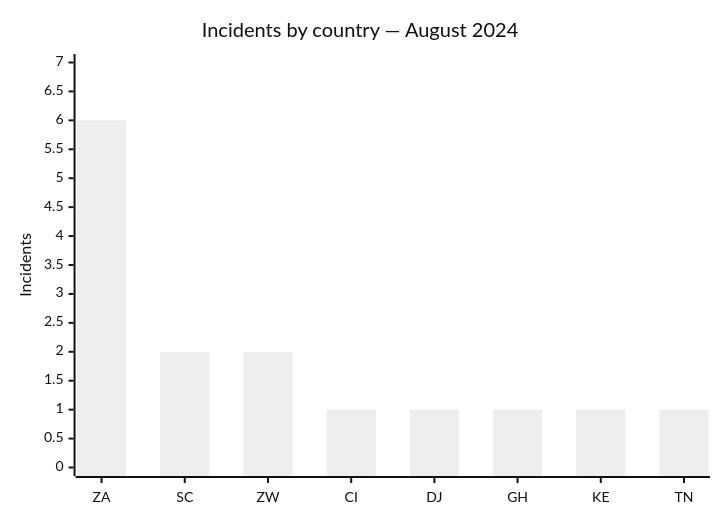
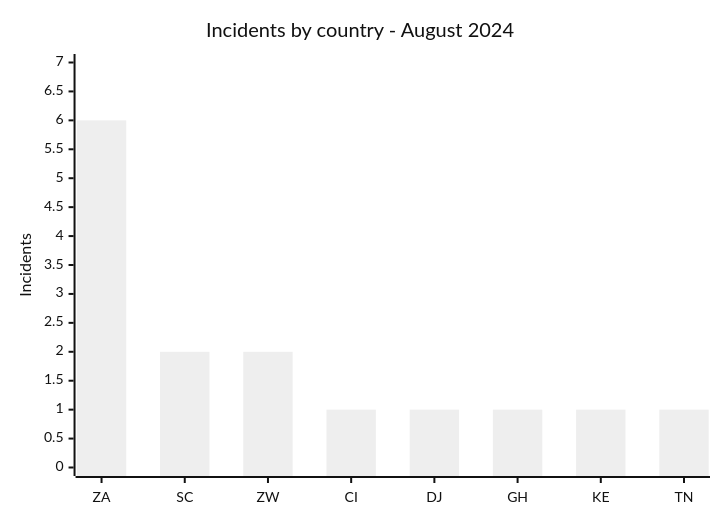
The first of 2 diagrams in CyberAttackAfrica/2024/08-august/README.md (Hatchepsoute/AFRINTEL), drawn with Mermaid (neutral theme) before and after one commit. The commit also changed other lines of this file and 182 other files, not shown here.

````diff
--- a/CyberAttackAfrica/2024/08-august/README.md
+++ b/CyberAttackAfrica/2024/08-august/README.md
@@ -48,7 +48,7 @@
 ```mermaid
 xychart
-    title "Incidents by country — August 2024"
+    title "Incidents by country - August 2024"
     x-axis ["ZA","SC","ZW","CI","DJ","GH","KE","TN"]
     y-axis "Incidents" 0 --> 7
     bar [6,2,2,1,1,1,1,1]
 ```
````
